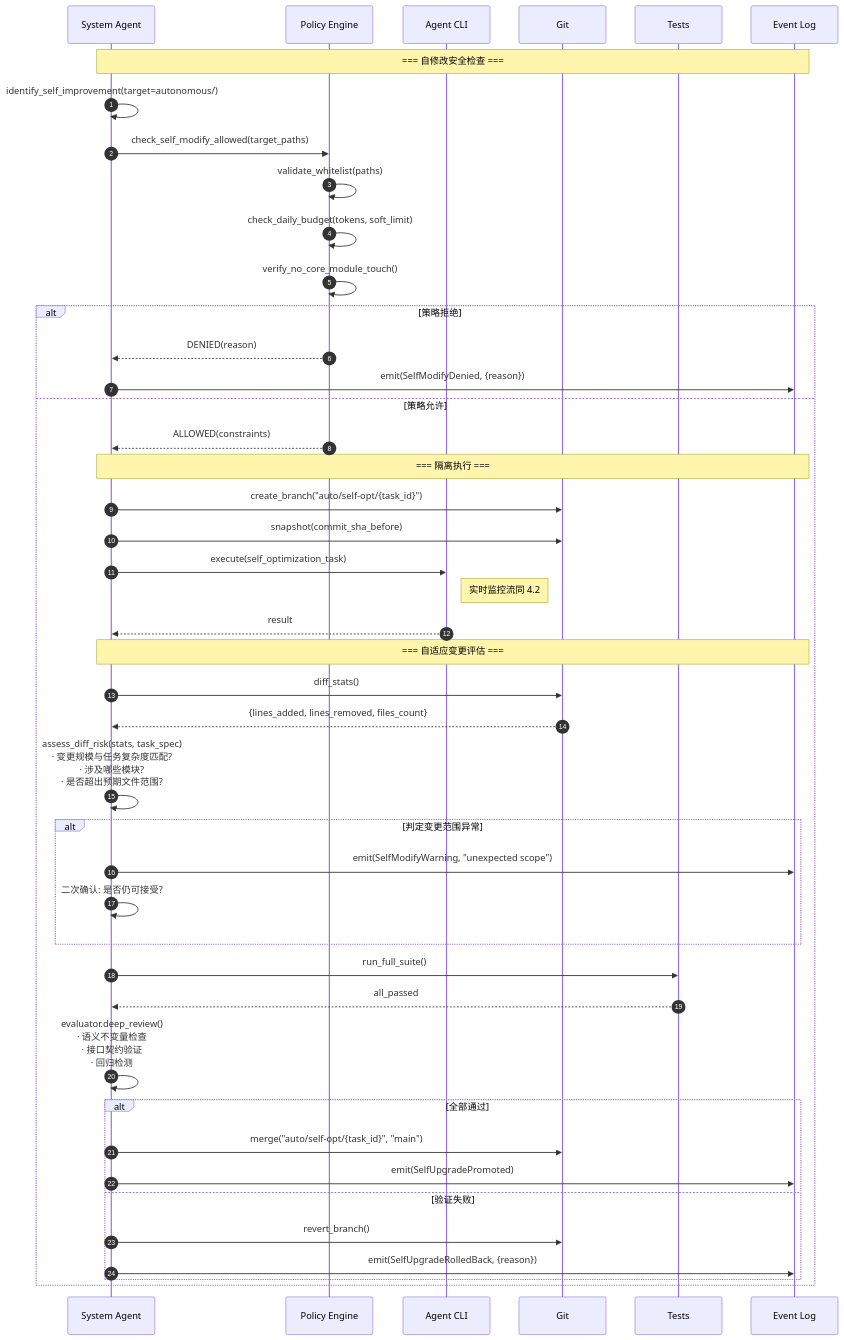
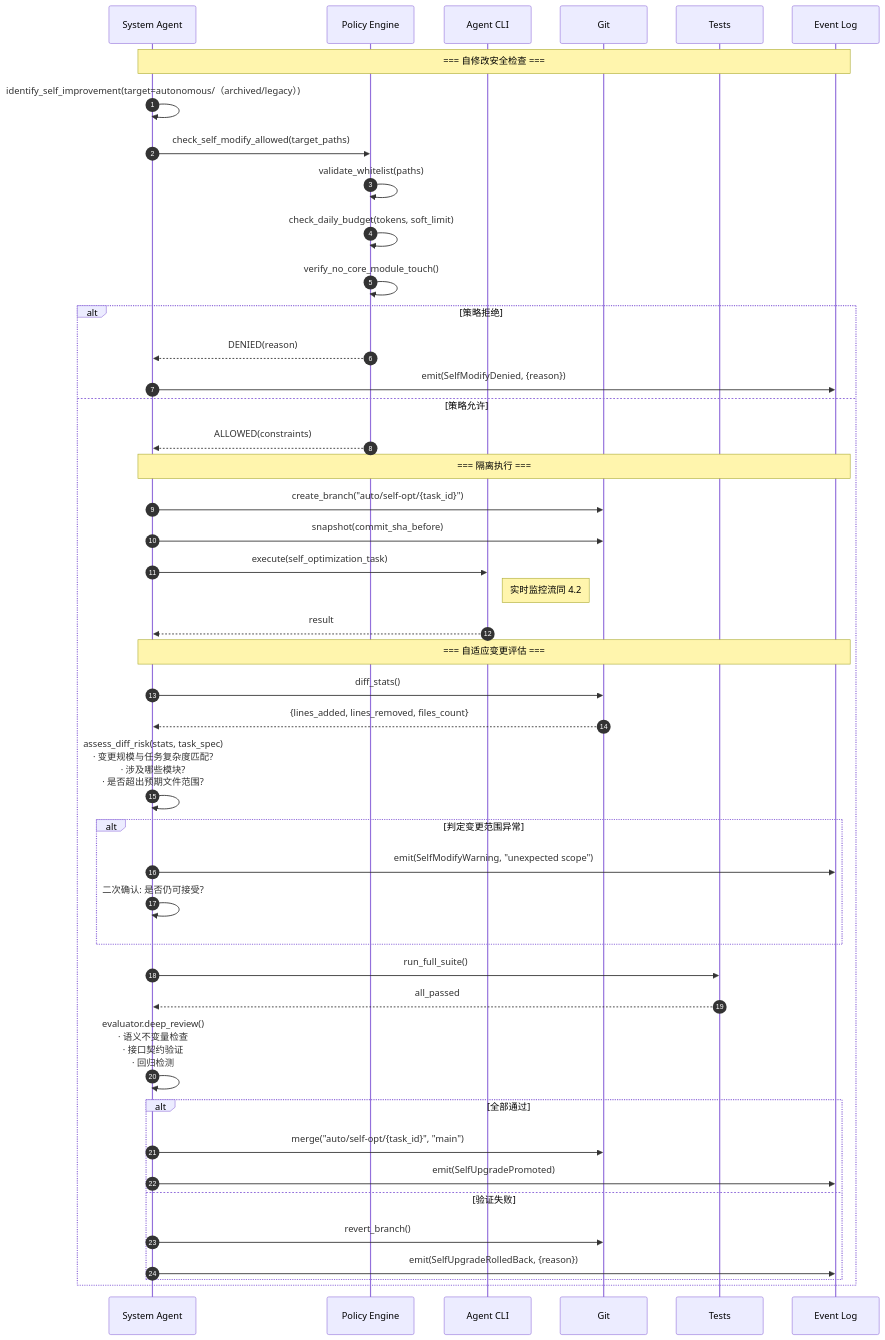
Before and after one commit to Yidhar/Embla_System: the fourth of 7 diagrams in doc/00-mvp-architecture-design.md, drawn with Mermaid. The commit also changed other lines of this file and 28 other files, not shown here.

Commit message:
docs: mark autonomous history as archived and add migration notes

````diff
--- a/doc/00-mvp-architecture-design.md
+++ b/doc/00-mvp-architecture-design.md
@@ -481,60 +485,60 @@
 ```mermaid
 sequenceDiagram
     autonumber
     participant SA as System Agent
     participant Policy as Policy Engine
     participant CLI as Agent CLI
     participant Git as Git
     participant Test as Tests
     participant EL as Event Log
 
     Note over SA,EL: === 自修改安全检查 ===
 
-    SA->>SA: identify_self_improvement(target=autonomous/)
+    SA->>SA: identify_self_improvement(target=autonomous/（archived/legacy）)
     SA->>Policy: check_self_modify_allowed(target_paths)
 
     Policy->>Policy: validate_whitelist(paths)
     Policy->>Policy: check_daily_budget(tokens, soft_limit)
     Policy->>Policy: verify_no_core_module_touch()
 
     alt 策略拒绝
         Policy-->>SA: DENIED(reason)
         SA->>EL: emit(SelfModifyDenied, {reason})
     else 策略允许
         Policy-->>SA: ALLOWED(constraints)
 
         Note over SA,EL: === 隔离执行 ===
 
         SA->>Git: create_branch("auto/self-opt/{task_id}")
         SA->>Git: snapshot(commit_sha_before)
 
         SA->>CLI: execute(self_optimization_task)
         Note right of CLI: 实时监控流同 4.2
         CLI-->>SA: result
 
         Note over SA,EL: === 自适应变更评估 ===
 
         SA->>Git: diff_stats()
         Git-->>SA: {lines_added, lines_removed, files_count}
 
         SA->>SA: assess_diff_risk(stats, task_spec)<br/>· 变更规模与任务复杂度匹配?<br/>· 涉及哪些模块?<br/>· 是否超出预期文件范围?
 
         alt 判定变更范围异常
             SA->>EL: emit(SelfModifyWarning, "unexpected scope")
             SA->>SA: 二次确认: 是否仍可接受?
         end
 
         SA->>Test: run_full_suite()
         Test-->>SA: all_passed
 
         SA->>SA: evaluator.deep_review()<br/>· 语义不变量检查<br/>· 接口契约验证<br/>· 回归检测
 
         alt 全部通过
             SA->>Git: merge("auto/self-opt/{task_id}", "main")
             SA->>EL: emit(SelfUpgradePromoted)
         else 验证失败
             SA->>Git: revert_branch()
             SA->>EL: emit(SelfUpgradeRolledBack, {reason})
         end
     end
 ```
````
